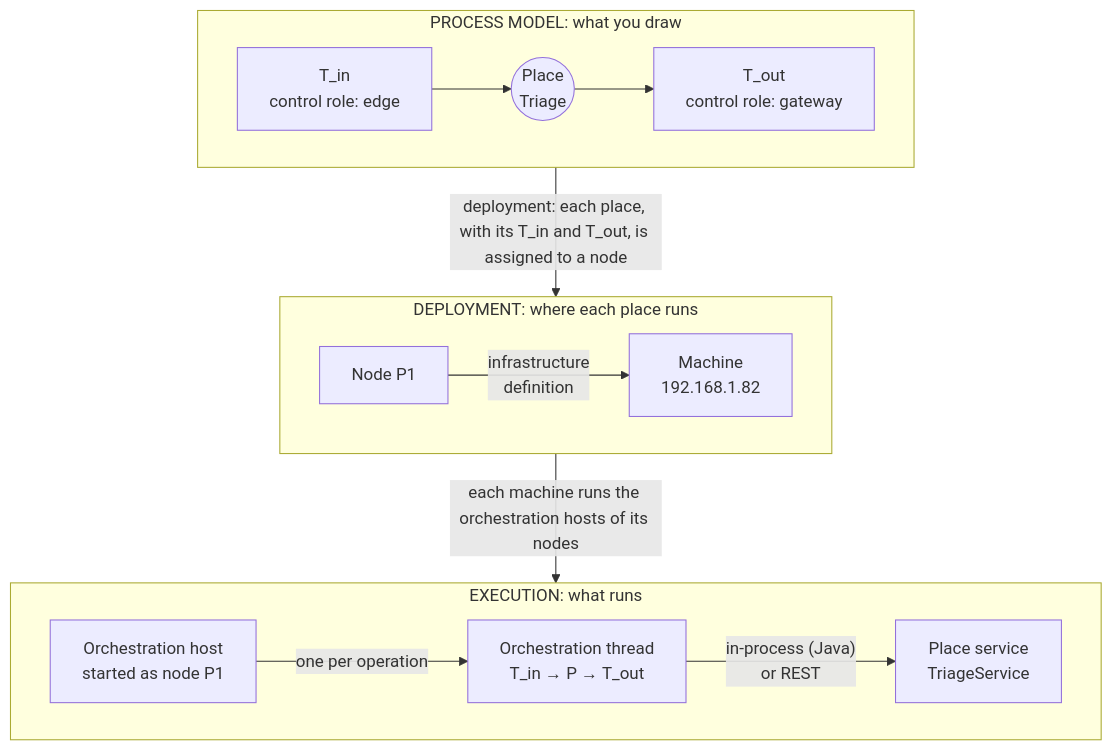
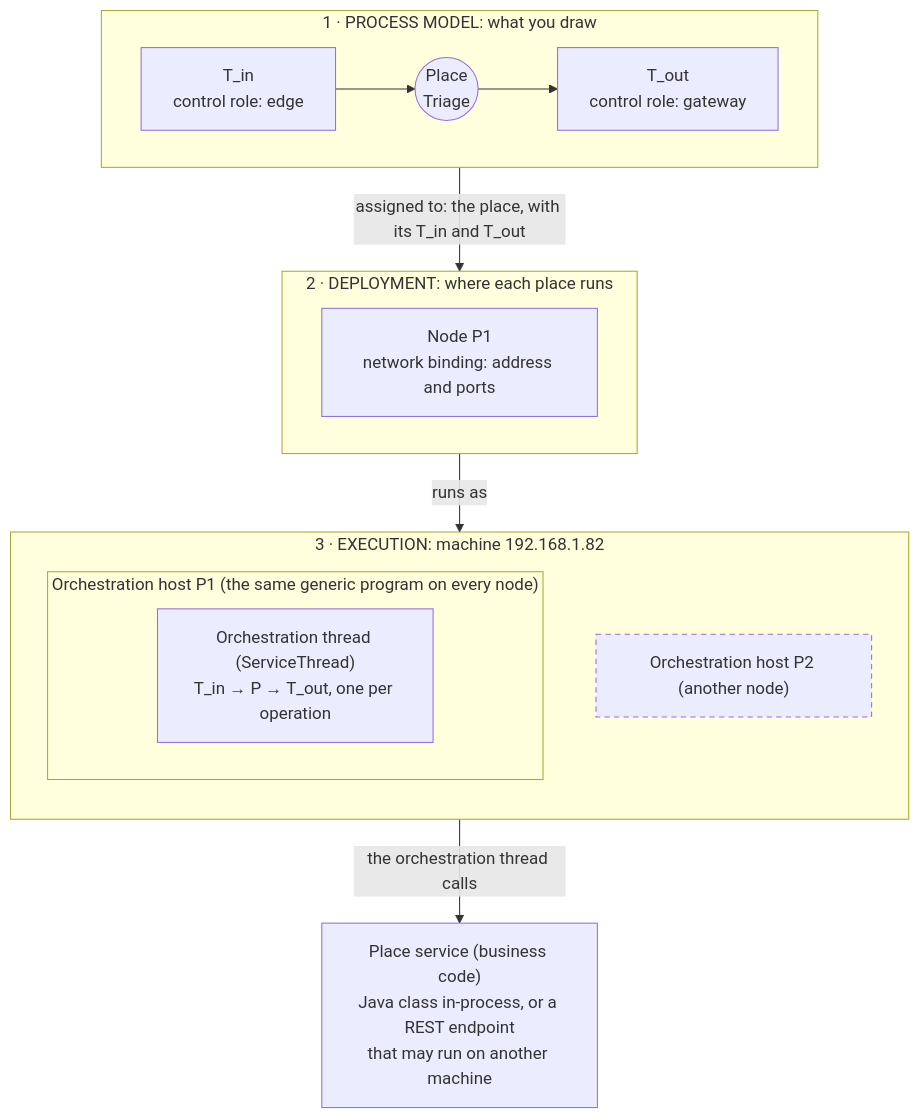
Before and after one commit to AlexanderAdelAU/Rule-Propagated-Service-Orchestration: the first of 5 diagrams in Architecture.md, drawn with Mermaid. The commit also changed other lines of this file, not shown here.

Commit message:
Terms: a node is a network binding; the machine holds the orchestration hosts
The deployment layer holds only the node, a network binding (name, address
and ports); the node runs as an orchestration host on a machine, which can hold
the hosts of several nodes; the place service sits outside, called in-process
or over REST. After the owner's proposed relationship diagram.

Claude-Session: https://claude.ai/code/session_01MVTiJmVTo6whUToqMfkWLi

````diff
--- a/Architecture.md
+++ b/Architecture.md
@@ -13,18 +14,22 @@
 ```mermaid
 flowchart TB
-    subgraph MODEL["PROCESS MODEL: what you draw"]
+    subgraph MODEL["1 · PROCESS MODEL: what you draw"]
         direction LR
         TIN["T_in<br/>control role: edge"] --> PL(("Place<br/>Triage")) --> TOUT["T_out<br/>control role: gateway"]
     end
-    subgraph DEPLOY["DEPLOYMENT: where each place runs"]
-        direction LR
-        N["Node P1"] -- "infrastructure<br/>definition" --> MC["Machine<br/>192.168.1.82"]
+    subgraph DEPLOY["2 · DEPLOYMENT: where each place runs"]
+        N["Node P1<br/>network binding: address and ports"]
     end
-    subgraph EXEC["EXECUTION: what runs"]
-        direction LR
-        OH["Orchestration host<br/>started as node P1"] -- "one per operation" --> OT["Orchestration thread<br/>T_in → P → T_out"]
-        OT -- "in-process (Java)<br/>or REST" --> PS["Place service<br/>TriageService"]
+    subgraph MACHINE["3 · EXECUTION: machine 192.168.1.82"]
+        direction TB
+        subgraph HOST["Orchestration host P1 (the same generic program on every node)"]
+            OT["Orchestration thread (ServiceThread)<br/>T_in → P → T_out, one per operation"]
+        end
+        H2["Orchestration host P2 (another node)"]
     end
-    MODEL -- "deployment: each place, with its T_in and T_out, is assigned to a node" --> DEPLOY
-    DEPLOY -- "each machine runs the orchestration hosts of its nodes" --> EXEC
+    PS["Place service (business code)<br/>Java class in-process, or a REST endpoint<br/>that may run on another machine"]
+    MODEL -- "assigned to: the place, with its T_in and T_out" --> DEPLOY
+    DEPLOY -- "runs as" --> MACHINE
+    MACHINE -- "the orchestration thread calls" --> PS
+    style H2 stroke-dasharray: 5 4
 ```
````
